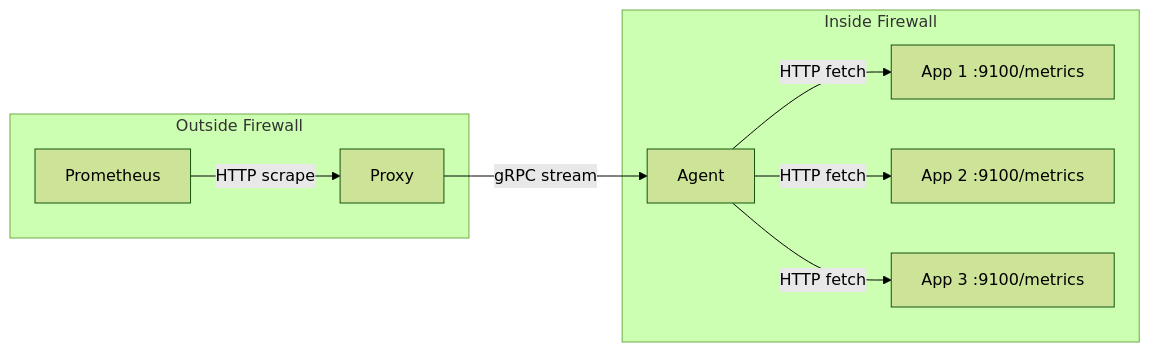
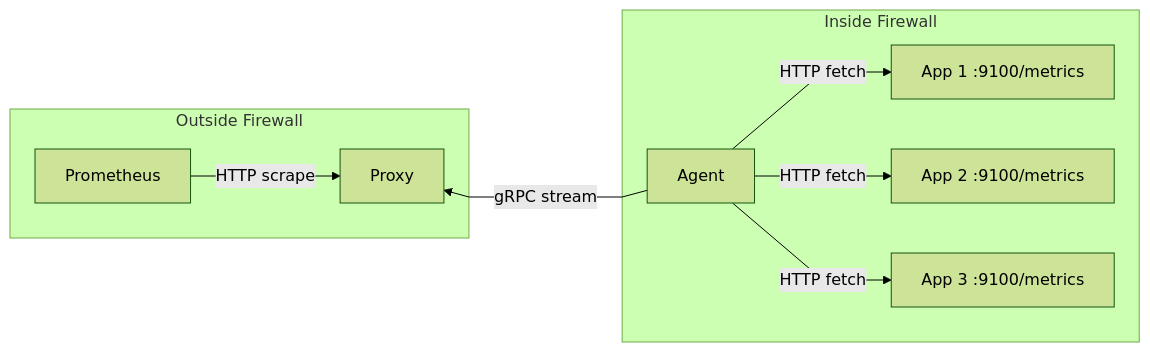
The diagram in website/prometheus-proxy/docs/index.md (pambrose/prometheus-proxy), drawn with Mermaid (forest theme) before and after one commit. The commit also changed 57 other files, not shown here.

````diff
--- a/website/prometheus-proxy/docs/index.md
+++ b/website/prometheus-proxy/docs/index.md
@@ -15,20 +15,25 @@
 ``` mermaid
+%%{init: {'flowchart': {'curve': 'linear'}}}%%
 graph LR
   P[Prometheus] -->|HTTP scrape| Proxy
-  Proxy -->|gRPC stream| Agent
+  %% The agent initiates the outbound gRPC connection, so the arrow points back to the proxy. The
+  %% invisible link pins Proxy left of Agent -- mermaid has no single reverse arrow to do it directly,
+  %% and curve:linear (above) keeps the resulting back-edge as straight as it can be drawn.
+  Proxy ~~~ Agent
+  Agent -->|gRPC stream| Proxy
   Agent -->|HTTP fetch| E1[App 1 :9100/metrics]
   Agent -->|HTTP fetch| E2[App 2 :9100/metrics]
   Agent -->|HTTP fetch| E3[App 3 :9100/metrics]
 
   subgraph Outside Firewall
     P
     Proxy
   end
 
   subgraph Inside Firewall
     Agent
     E1
     E2
     E3
   end
 ```
````
